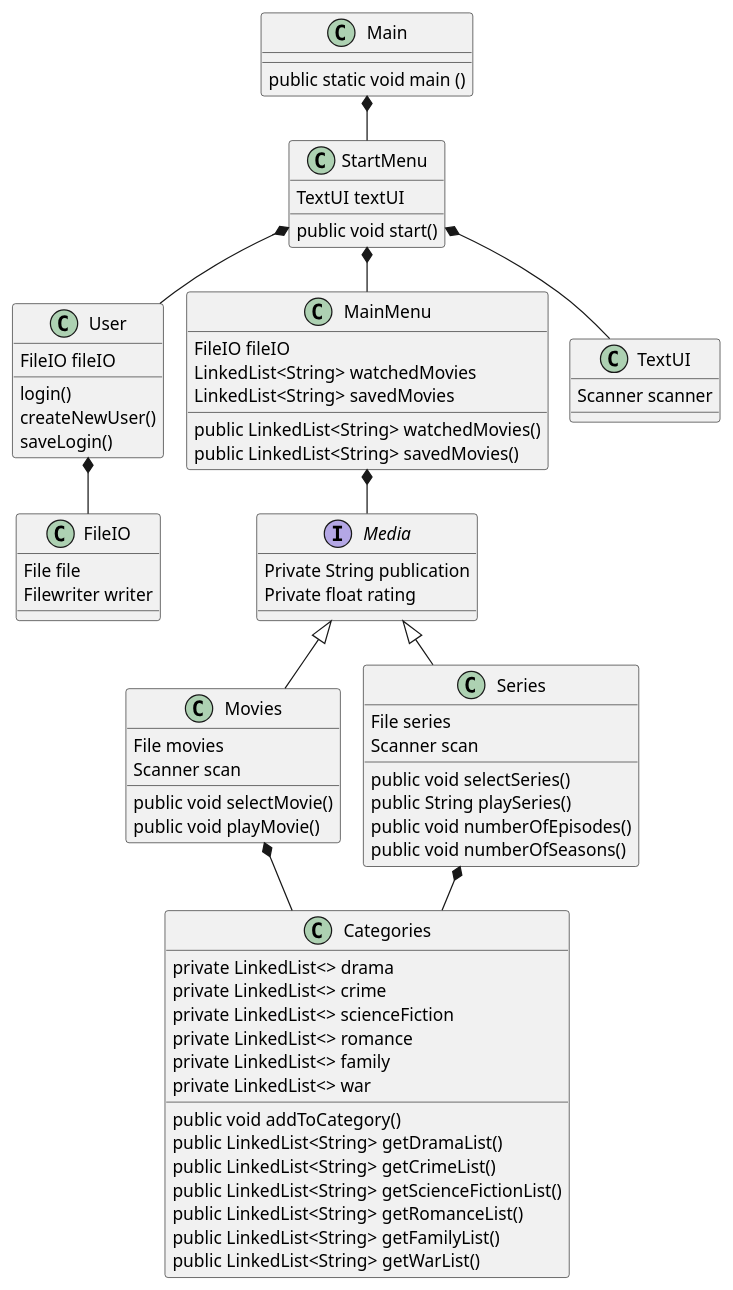
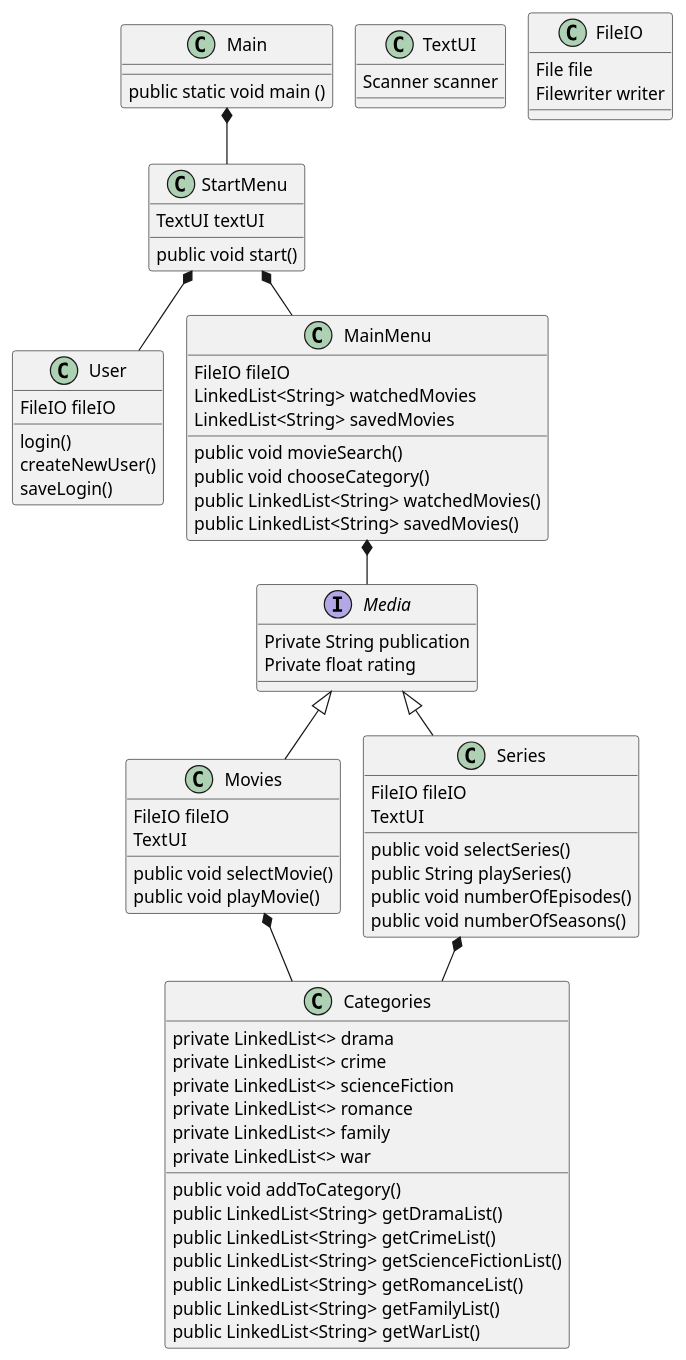
Before and after one commit to MichellaBech/SP3: the diagram in .idea/Class.puml, drawn with PlantUML.

```diff
--- a/.idea/Class.puml
+++ b/.idea/Class.puml
@@ -1,103 +1,104 @@
 @startuml
 'https://plantuml.com/class-diagram
 !pragma layout smetana
 
 class Movies
 class Series
 interface Media
 class Categories
 class User
 class StartMenu
 class MainMenu
 class Main
 class TextUI
 class FileIO
 
 
 Media <|-- Movies
 Media <|-- Series
 
 Movies *-- Categories
 Series *-- Categories
 StartMenu *-- User
 StartMenu *-- MainMenu
 Main *-- StartMenu
 MainMenu *-- Media
-StartMenu *-- TextUI
-User *-- FileIO
+
 
 class TextUI
 {
 Scanner scanner
 }
 
 class FileIO {
 File file
 Filewriter writer
 }
 
 class Main {
 public static void main ()
 }
 
 class StartMenu {
 TextUI textUI
 public void start()
 
 }
 
 class Categories {
 private LinkedList<> drama
 private LinkedList<> crime
 private LinkedList<> scienceFiction
 private LinkedList<> romance
 private LinkedList<> family
 private LinkedList<> war
 
 public void addToCategory()
 public LinkedList<String> getDramaList()
 public LinkedList<String> getCrimeList()
 public LinkedList<String> getScienceFictionList()
 public LinkedList<String> getRomanceList()
 public LinkedList<String> getFamilyList()
 public LinkedList<String> getWarList()
 }
 
 Interface Media {
 Private String publication
 Private float rating
 }
 
 class Movies{
-File movies
-Scanner scan
+FileIO fileIO
+TextUI
 public void selectMovie()
 public void playMovie()
 }
 
 class Series {
-File series
-Scanner scan
+FileIO fileIO
+TextUI
 public void selectSeries()
 public String playSeries()
 public void numberOfEpisodes()
 public void numberOfSeasons()
 }
 
 class User{
 FileIO fileIO
 login()
 createNewUser()
 saveLogin()
 }
 
 class MainMenu {
 FileIO fileIO
 LinkedList<String> watchedMovies
 LinkedList<String> savedMovies
+public void movieSearch()
+public void chooseCategory()
 public LinkedList<String> watchedMovies()
 public LinkedList<String> savedMovies()
 }
 
 
 @enduml
```
